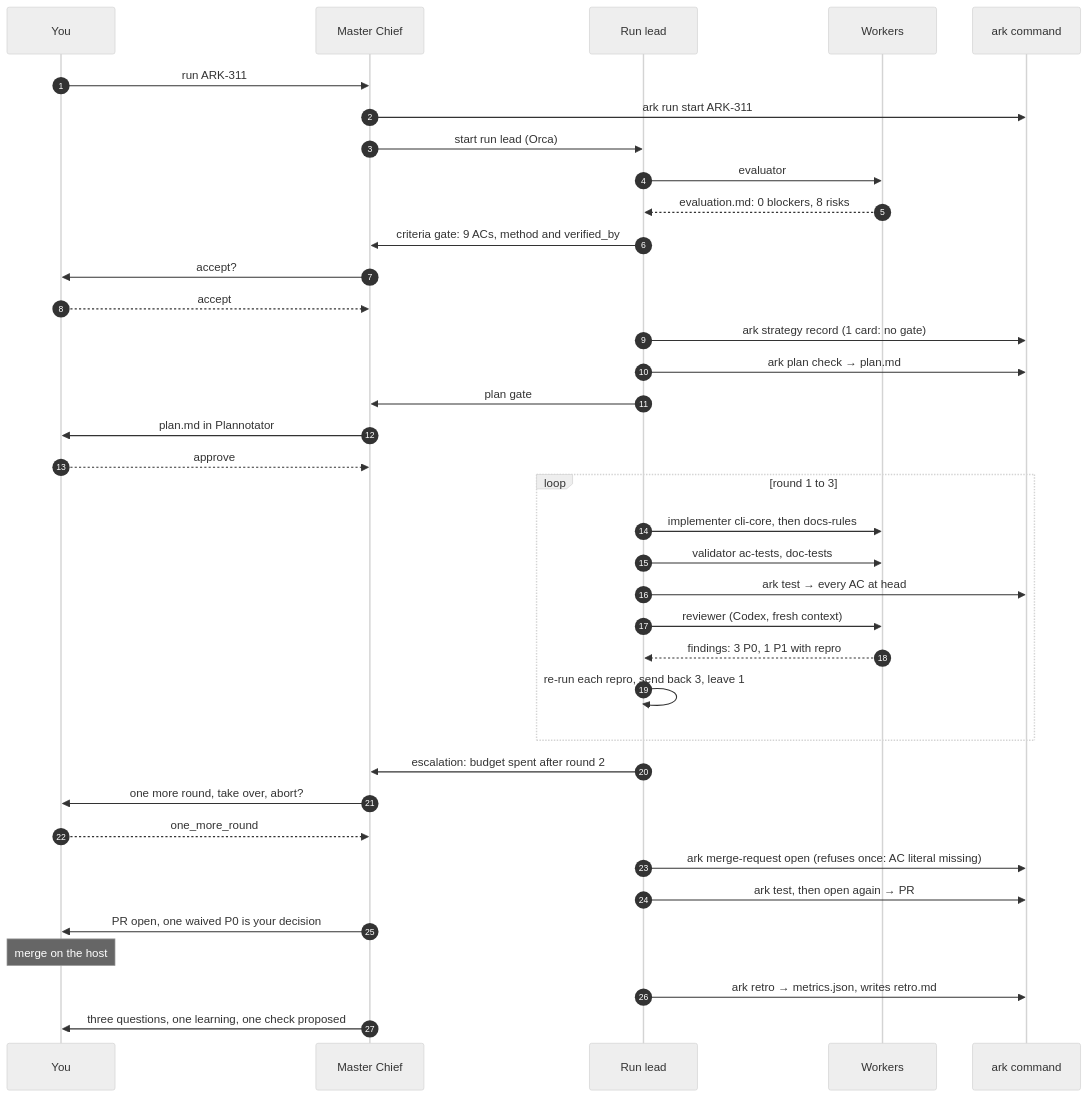
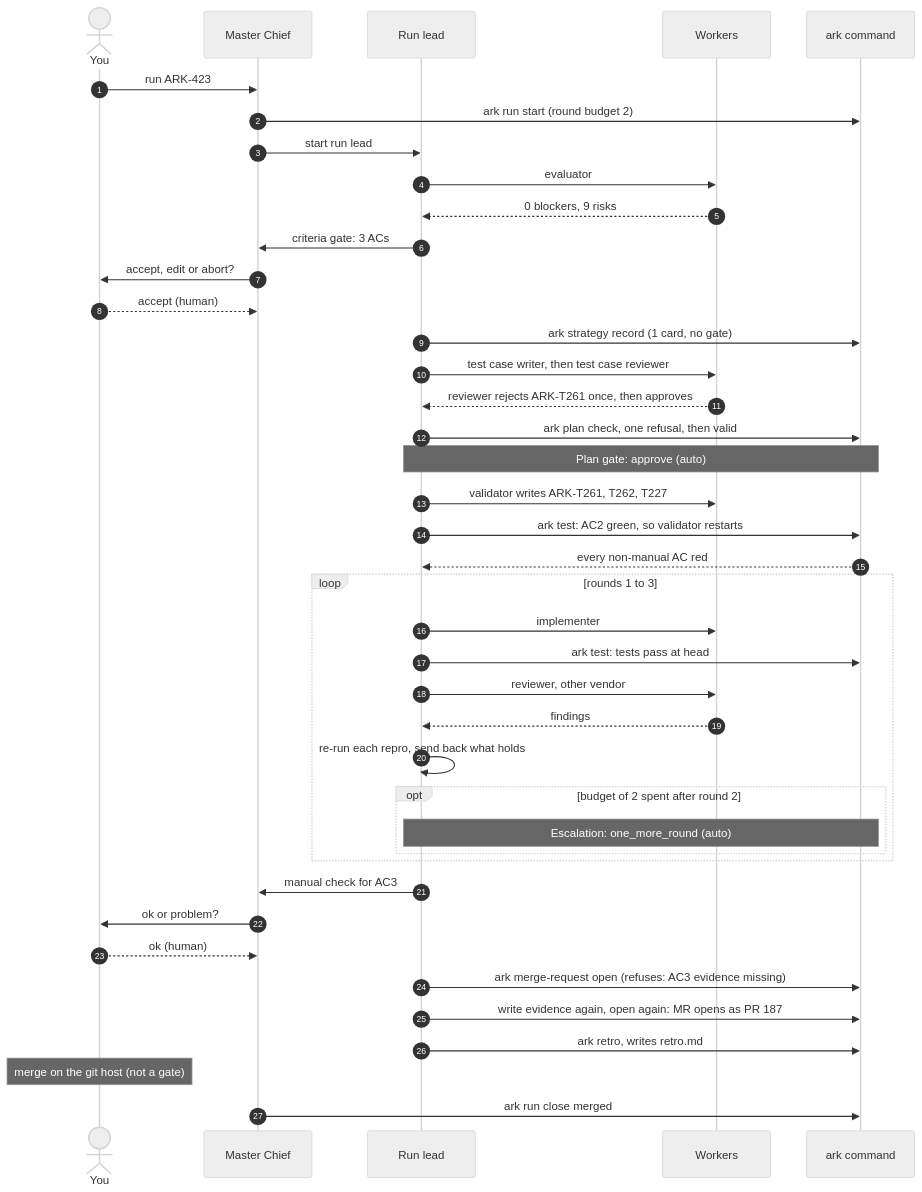
One commit to cobekarhoff/ark changed the first of 3 diagrams in docs/explanation/scenarios.md. Above: the diagram before and after it, drawn with Mermaid (neutral theme). The commit also changed other lines of this file and 36 other files, not shown here.

````diff
--- a/docs/explanation/scenarios.md
+++ b/docs/explanation/scenarios.md
@@ -9,39 +11,43 @@
 ```mermaid
 sequenceDiagram
   autonumber
-  participant You
+  actor You
   participant MC as Master Chief
   participant RL as Run lead
   participant W as Workers
   participant ark as ark command
-  You->>MC: run ARK-311
-  MC->>ark: ark run start ARK-311
-  MC->>RL: start run lead (Orca)
+  You->>MC: run ARK-423
+  MC->>ark: ark run start (round budget 2)
+  MC->>RL: start run lead
   RL->>W: evaluator
-  W-->>RL: evaluation.md: 0 blockers, 8 risks
-  RL->>MC: criteria gate: 9 ACs, method and verified_by
-  MC->>You: accept?
-  You-->>MC: accept
-  RL->>ark: ark strategy record (1 card: no gate)
-  RL->>ark: ark plan check → plan.md
-  RL->>MC: plan gate
-  MC->>You: plan.md in Plannotator
-  You-->>MC: approve
-  loop round 1 to 3
-    RL->>W: implementer cli-core, then docs-rules
-    RL->>W: validator ac-tests, doc-tests
-    RL->>ark: ark test → every AC at head
-    RL->>W: reviewer (Codex, fresh context)
-    W-->>RL: findings: 3 P0, 1 P1 with repro
-    RL->>RL: re-run each repro, send back 3, leave 1
+  W-->>RL: 0 blockers, 9 risks
+  RL->>MC: criteria gate: 3 ACs
+  MC->>You: accept, edit or abort?
+  You-->>MC: accept (human)
+  RL->>ark: ark strategy record (1 card, no gate)
+  RL->>W: test case writer, then test case reviewer
+  W-->>RL: reviewer rejects ARK-T261 once, then approves
+  RL->>ark: ark plan check, one refusal, then valid
+  Note over RL,ark: Plan gate: approve (auto)
+  RL->>W: validator writes ARK-T261, T262, T227
+  RL->>ark: ark test: AC2 green, so validator restarts
+  ark-->>RL: every non-manual AC red
+  loop rounds 1 to 3
+    RL->>W: implementer
+    RL->>ark: ark test: tests pass at head
+    RL->>W: reviewer, other vendor
+    W-->>RL: findings
+    RL->>RL: re-run each repro, send back what holds
+    opt budget of 2 spent after round 2
+      Note over RL,ark: Escalation: one_more_round (auto)
+    end
   end
-  RL->>MC: escalation: budget spent after round 2
-  MC->>You: one more round, take over, abort?
-  You-->>MC: one_more_round
-  RL->>ark: ark merge-request open (refuses once: AC literal missing)
-  RL->>ark: ark test, then open again → PR #123
-  MC->>You: PR open, one waived P0 is your decision
-  Note over You: merge on the host
-  RL->>ark: ark retro → metrics.json, writes retro.md
-  MC->>You: three questions, one learning, one check proposed
+  RL->>MC: manual check for AC3
+  MC->>You: ok or problem?
+  You-->>MC: ok (human)
+  RL->>ark: ark merge-request open (refuses: AC3 evidence missing)
+  RL->>ark: write evidence again, open again: MR opens as PR 187
+  RL->>ark: ark retro, writes retro.md
+  Note over You: merge on the git host (not a gate)
+  MC->>ark: ark run close merged
 ```
````
